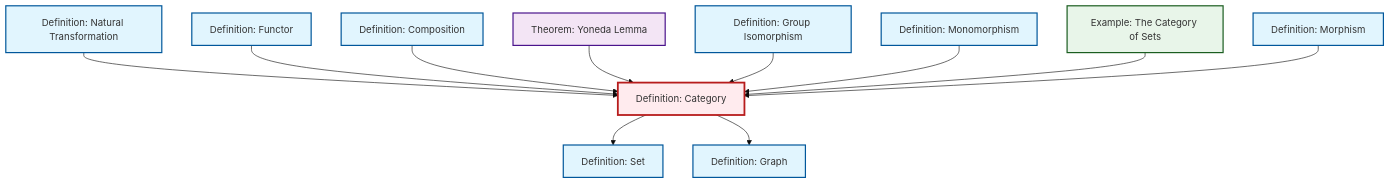
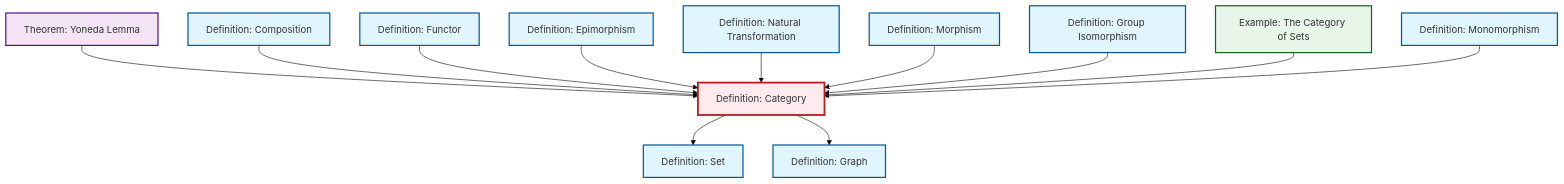
The diagram in content/ja/category-theory/def-category.qmd (RK0429/ModernMath), drawn with Mermaid (base theme) before and after one commit. The commit also changed 597 other files, not shown here.

````diff
--- a/content/ja/category-theory/def-category.qmd
+++ b/content/ja/category-theory/def-category.qmd
@@ -48,41 +48,44 @@
 ```{mermaid}
 %%| fig-cap: "Local dependency graph"
 graph TD
     classDef definition fill:#e1f5fe,stroke:#01579b,stroke-width:2px
     classDef theorem fill:#f3e5f5,stroke:#4a148c,stroke-width:2px
     classDef axiom fill:#fff3e0,stroke:#e65100,stroke-width:2px
     classDef example fill:#e8f5e9,stroke:#1b5e20,stroke-width:2px
     classDef current fill:#ffebee,stroke:#b71c1c,stroke-width:3px
+    def-natural-transformation["Definition: Natural Transformation"]:::definition
+    def-epimorphism["Definition: Epimorphism"]:::definition
+    def-category["Definition: Category"]:::definition
+    thm-yoneda["Theorem: Yoneda Lemma"]:::theorem
+    def-isomorphism["Definition: Group Isomorphism"]:::definition
+    def-set["Definition: Set"]:::definition
+    def-morphism["Definition: Morphism"]:::definition
+    def-monomorphism["Definition: Monomorphism"]:::definition
+    def-composition["Definition: Composition"]:::definition
+    def-graph["Definition: Graph"]:::definition
     ex-set-category["Example: The Category of Sets"]:::example
-    def-graph["Definition: Graph"]:::definition
-    thm-yoneda["Theorem: Yoneda Lemma"]:::theorem
-    def-morphism["Definition: Morphism"]:::definition
-    def-category["Definition: Category"]:::definition
-    def-monomorphism["Definition: Monomorphism"]:::definition
-    def-natural-transformation["Definition: Natural Transformation"]:::definition
-    def-isomorphism["Definition: Group Isomorphism"]:::definition
-    def-composition["Definition: Composition"]:::definition
-    def-set["Definition: Set"]:::definition
     def-functor["Definition: Functor"]:::definition
-    def-natural-transformation --> def-category
-    def-functor --> def-category
+    thm-yoneda --> def-category
     def-composition --> def-category
     def-category --> def-set
-    thm-yoneda --> def-category
+    def-functor --> def-category
+    def-epimorphism --> def-category
+    def-natural-transformation --> def-category
+    def-morphism --> def-category
+    def-isomorphism --> def-category
+    ex-set-category --> def-category
+    def-monomorphism --> def-category
     def-category --> def-graph
-    def-isomorphism --> def-category
-    def-monomorphism --> def-category
-    ex-set-category --> def-category
-    def-morphism --> def-category
     class def-category current
-    click ex-set-category "ex-set-category.html" "Example: The Category of Setsへ"
-    click def-graph "def-graph.html" "Definition: Graphへ"
+    click def-natural-transformation "def-natural-transformation.html" "Definition: Natural Transformationへ"
+    click def-epimorphism "def-epimorphism.html" "Definition: Epimorphismへ"
     click thm-yoneda "thm-yoneda.html" "Theorem: Yoneda Lemmaへ"
+    click def-isomorphism "def-isomorphism.html" "Definition: Group Isomorphismへ"
+    click def-set "def-set.html" "Definition: Setへ"
     click def-morphism "def-morphism.html" "Definition: Morphismへ"
     click def-monomorphism "def-monomorphism.html" "Definition: Monomorphismへ"
-    click def-natural-transformation "def-natural-transformation.html" "Definition: Natural Transformationへ"
-    click def-isomorphism "def-isomorphism.html" "Definition: Group Isomorphismへ"
     click def-composition "def-composition.html" "Definition: Compositionへ"
-    click def-set "def-set.html" "Definition: Setへ"
+    click def-graph "def-graph.html" "Definition: Graphへ"
+    click ex-set-category "ex-set-category.html" "Example: The Category of Setsへ"
     click def-functor "def-functor.html" "Definition: Functorへ"
 ```
````
